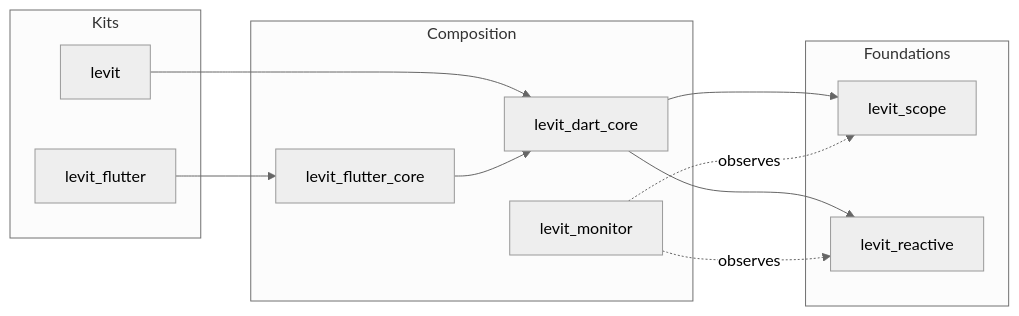
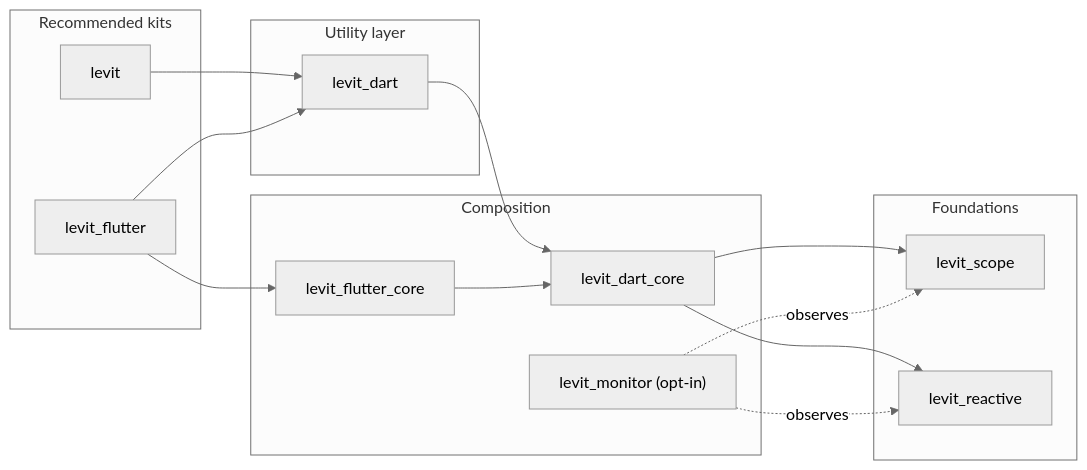
Before and after one commit to atoumbre/levit: the diagram in README.md, drawn with Mermaid (neutral theme). The commit also changed other lines of this file and 18 other files, not shown here.

````diff
--- a/README.md
+++ b/README.md
@@ -103,26 +97,32 @@
 ```mermaid
 flowchart LR
-  subgraph Kits
+  subgraph Recommended kits
     K1[levit]
     K2[levit_flutter]
+  end
+
+  subgraph Utility layer
+    U1[levit_dart]
   end
 
   subgraph Composition
     C1[levit_dart_core]
     C2[levit_flutter_core]
-    C3[levit_monitor]
+    C3["levit_monitor (opt-in)"]
   end
 
   subgraph Foundations
     F1[levit_scope]
     F2[levit_reactive]
   end
 
-  K1 --> C1
+  K1 --> U1
   K2 --> C2
+  K2 --> U1
+  U1 --> C1
   C2 --> C1
   C1 --> F1
   C1 --> F2
   C3 -.observes.-> F1
   C3 -.observes.-> F2
 ```
````
